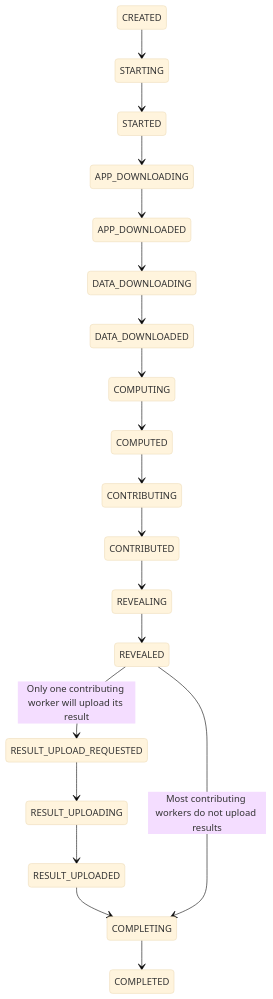
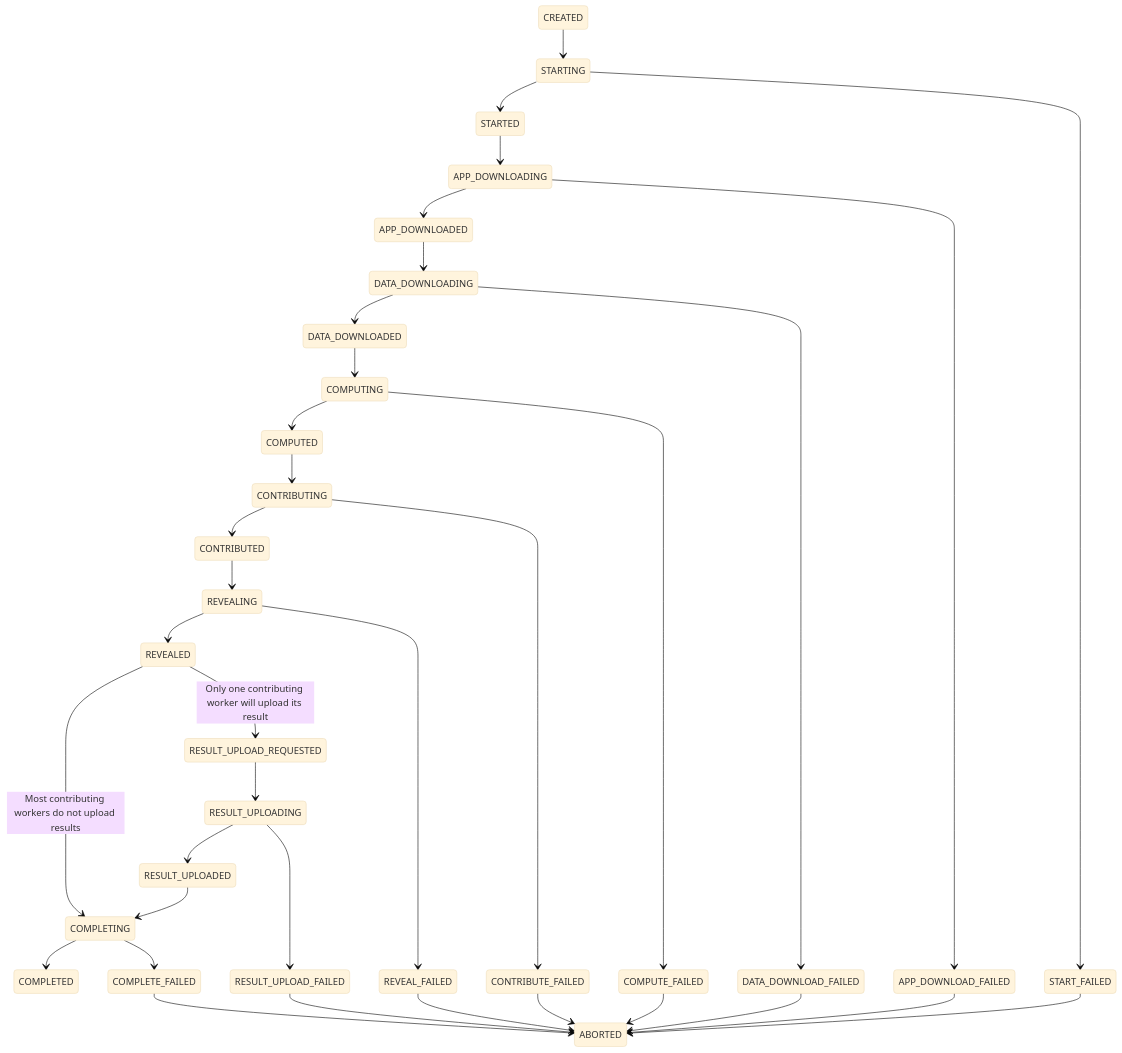
The diagram in for-developers/advanced/task-feedback.md (iExecBlockchainComputing/documentation), drawn with Mermaid (base theme) before and after one commit.

Commit message:
Add transitions to `_FAILED` and to `ABORTED` states

````diff
--- a/for-developers/advanced/task-feedback.md
+++ b/for-developers/advanced/task-feedback.md
@@ -74,21 +74,39 @@
 ```mermaid
 stateDiagram
 CREATED --> STARTING
 STARTING --> STARTED
 STARTED --> APP_DOWNLOADING
 APP_DOWNLOADING --> APP_DOWNLOADED
 APP_DOWNLOADED --> DATA_DOWNLOADING
 DATA_DOWNLOADING --> DATA_DOWNLOADED
 DATA_DOWNLOADED --> COMPUTING
 COMPUTING --> COMPUTED
 COMPUTED --> CONTRIBUTING
 CONTRIBUTING --> CONTRIBUTED
 CONTRIBUTED --> REVEALING
 REVEALING --> REVEALED
 REVEALED --> RESULT_UPLOAD_REQUESTED: Only one contributing worker will upload its result
 RESULT_UPLOAD_REQUESTED --> RESULT_UPLOADING
 RESULT_UPLOADING --> RESULT_UPLOADED
 RESULT_UPLOADED --> COMPLETING
 REVEALED --> COMPLETING: Most contributing workers do not upload results
 COMPLETING --> COMPLETED
+
+STARTING --> START_FAILED
+APP_DOWNLOADING --> APP_DOWNLOAD_FAILED
+DATA_DOWNLOADING --> DATA_DOWNLOAD_FAILED
+COMPUTING --> COMPUTE_FAILED
+CONTRIBUTING --> CONTRIBUTE_FAILED
+REVEALING --> REVEAL_FAILED
+RESULT_UPLOADING --> RESULT_UPLOAD_FAILED
+COMPLETING --> COMPLETE_FAILED
+
+START_FAILED --> ABORTED
+APP_DOWNLOAD_FAILED --> ABORTED
+DATA_DOWNLOAD_FAILED --> ABORTED
+COMPUTE_FAILED --> ABORTED
+CONTRIBUTE_FAILED --> ABORTED
+REVEAL_FAILED --> ABORTED
+RESULT_UPLOAD_FAILED --> ABORTED
+COMPLETE_FAILED --> ABORTED
 ```
````
